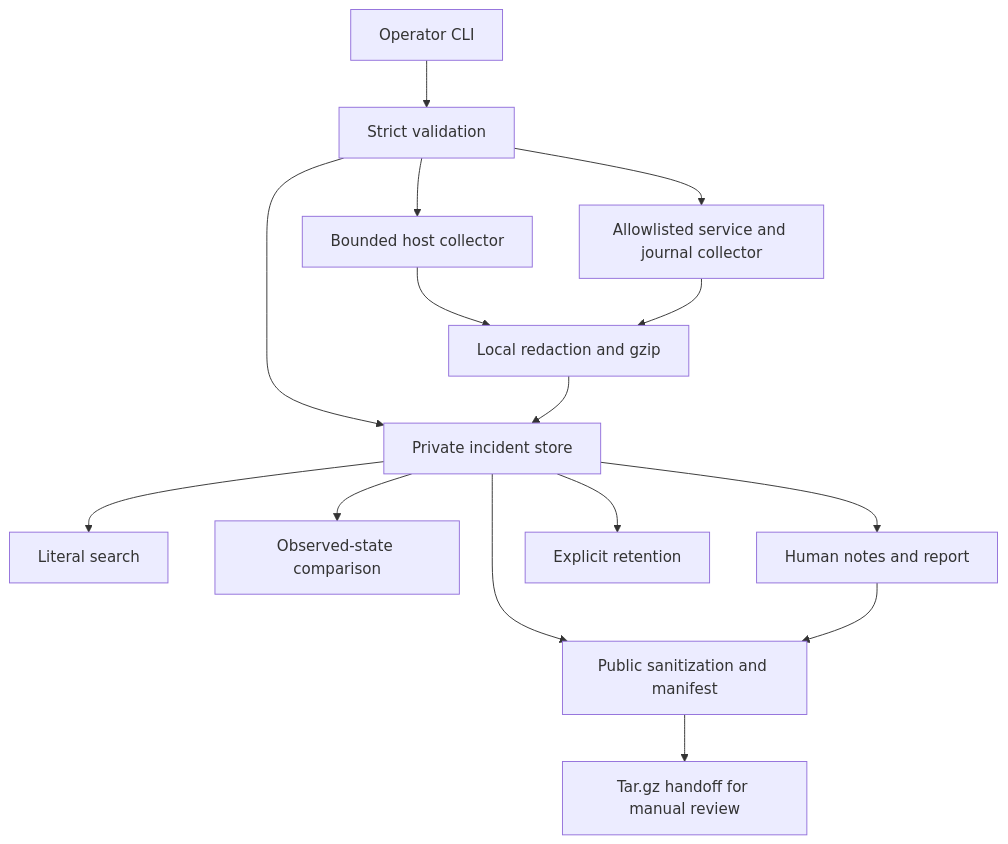
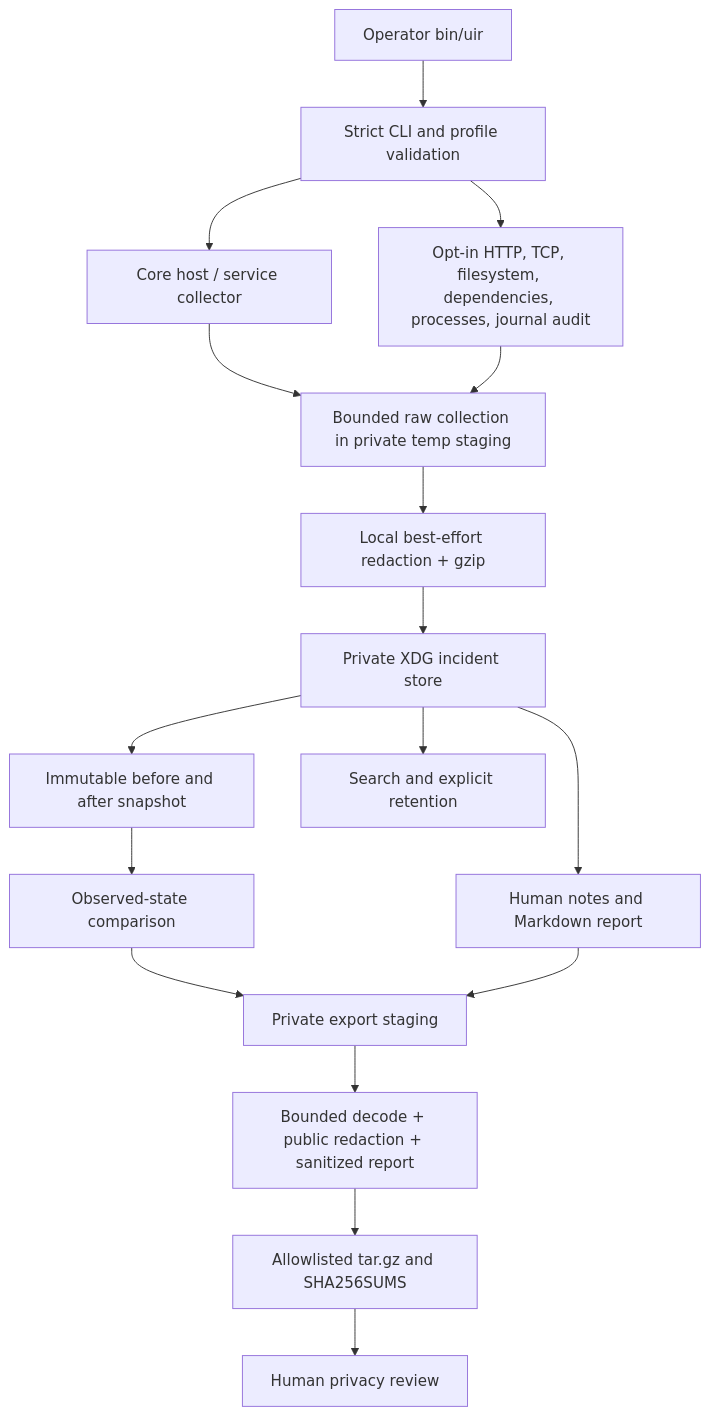
One commit to Pradyut6/ubuntu-incident-response-toolkit changed the diagram in docs/architecture.md. Above: the diagram before and after it, drawn with Mermaid. The commit also changed other lines of this file and 61 other files, not shown here.

````diff
--- a/docs/architecture.md
+++ b/docs/architecture.md
@@ -5,17 +5,19 @@
 ```mermaid
 flowchart TD
-  A[Operator CLI] --> B[Strict validation]
-  B --> C[Private incident store]
-  B --> D[Bounded host collector]
-  B --> E[Allowlisted service and journal collector]
-  D --> F[Local redaction and gzip]
-  E --> F
-  F --> C
-  C --> G[Literal search]
-  C --> H[Observed-state comparison]
-  C --> I[Human notes and report]
-  C --> J[Explicit retention]
-  C --> K[Public sanitization and manifest]
-  I --> K
-  K --> L[Tar.gz handoff for manual review]
+    A[Operator bin/uir] --> B[Strict CLI and profile validation]
+    B --> C[Core host / service collector]
+    B --> D[Opt-in HTTP, TCP, filesystem, dependencies, processes, journal audit]
+    C --> E[Bounded raw collection in private temp staging]
+    D --> E
+    E --> F[Local best-effort redaction + gzip]
+    F --> G[Private XDG incident store]
+    G --> H[Immutable before and after snapshot]
+    H --> I[Observed-state comparison]
+    G --> J[Human notes and Markdown report]
+    G --> K[Search and explicit retention]
+    I --> L[Private export staging]
+    J --> L
+    L --> M[Bounded decode + public redaction + sanitized report]
+    M --> N[Allowlisted tar.gz and SHA256SUMS]
+    N --> O[Human privacy review]
 ```
````
